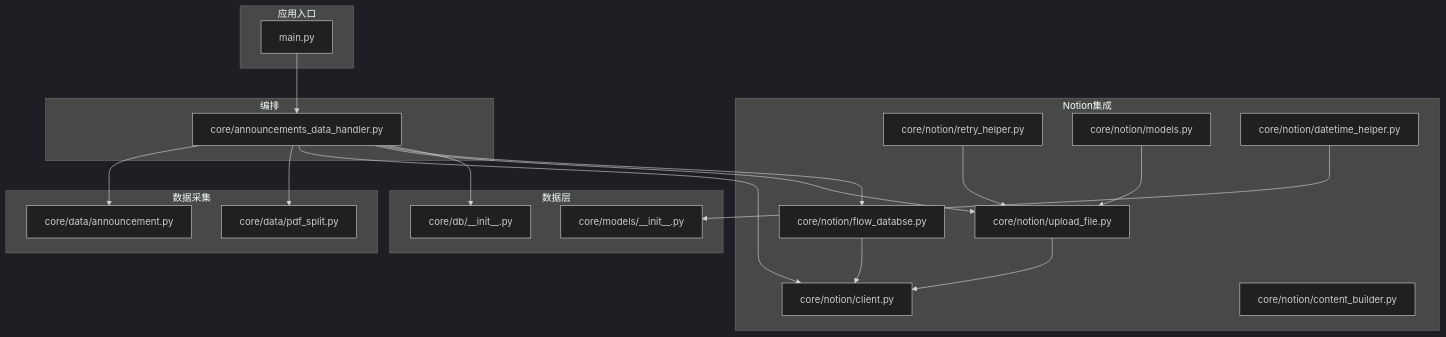
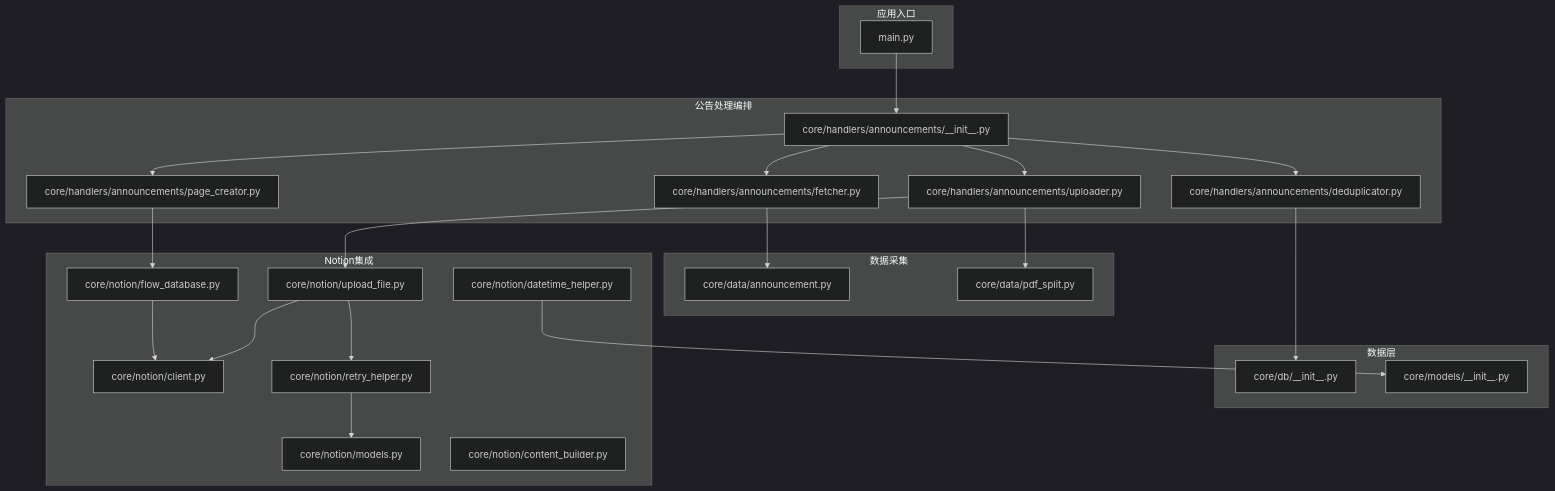
Before and after one commit to iverwong/DataLife: the first of 5 diagrams in .qoder/repowiki/zh/content/核心模块详解/Notion集成模块/Notion集成模块.md, drawn with Mermaid (dark theme). The commit also changed other lines of this file and 14 other files, not shown here.

````diff
--- a/.qoder/repowiki/zh/content/核心模块详解/Notion集成模块/Notion集成模块.md
+++ b/.qoder/repowiki/zh/content/核心模块详解/Notion集成模块/Notion集成模块.md
@@ -52,38 +58,45 @@
 ```mermaid
 graph TB
 subgraph "应用入口"
 M["main.py"]
 end
 subgraph "数据层"
 D1["core/db/__init__.py"]
 D2["core/models/__init__.py"]
 end
 subgraph "数据采集"
 C1["core/data/announcement.py"]
 C2["core/data/pdf_split.py"]
 end
 subgraph "Notion集成"
 N1["core/notion/client.py"]
 N2["core/notion/upload_file.py"]
 N3["core/notion/retry_helper.py"]
 N4["core/notion/models.py"]
 N5["core/notion/datetime_helper.py"]
 N6["core/notion/content_builder.py"]
-N7["core/notion/flow_databse.py"]
+N7["core/notion/flow_database.py"]
 end
-subgraph "编排"
-P1["core/announcements_data_handler.py"]
+subgraph "公告处理编排"
+H1["core/handlers/announcements/__init__.py"]
+H2["core/handlers/announcements/uploader.py"]
+H3["core/handlers/announcements/fetcher.py"]
+H4["core/handlers/announcements/page_creator.py"]
+H5["core/handlers/announcements/deduplicator.py"]
 end
-M --> P1
-P1 --> C1
-P1 --> C2
-P1 --> N1
-P1 --> N2
-P1 --> N7
+M --> H1
+H1 --> H2
+H1 --> H3
+H1 --> H4
+H1 --> H5
+H2 --> C2
+H2 --> N2
+H3 --> C1
+H4 --> N7
+H5 --> D1
 N2 --> N1
+N2 --> N3
 N7 --> N1
-N3 --> N2
-N4 --> N2
+N3 --> N4
 N5 --> D2
-P1 --> D1
 ```
````
